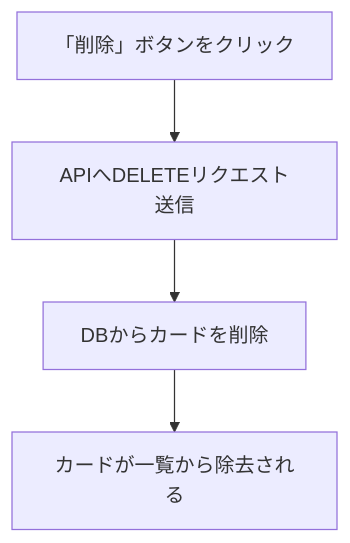
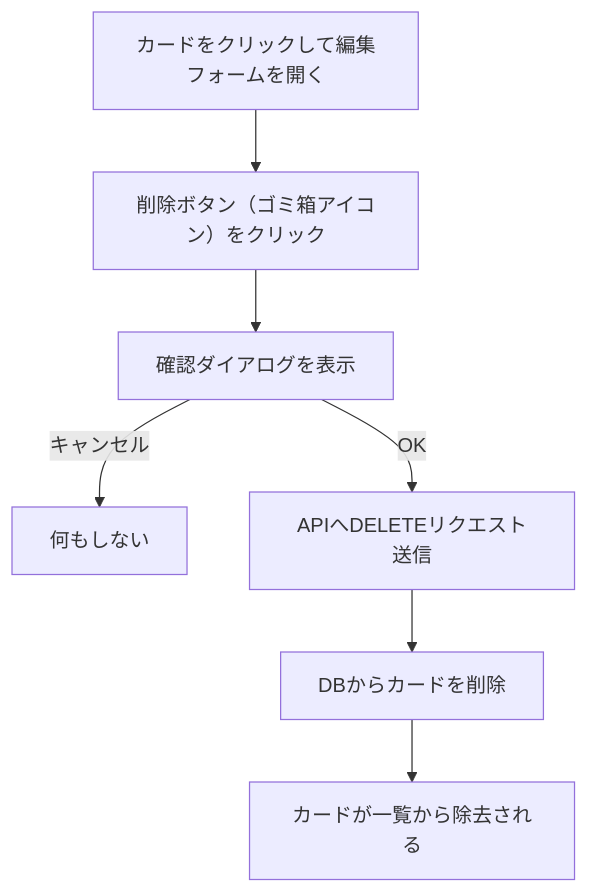
One commit to Masaki-0225/AIgakusyuu changed the third of 6 diagrams in docs/functional-requirements.md. Above: the diagram before and after it, drawn with Mermaid. The commit also changed other lines of this file and 3 other files, not shown here.

````diff
--- a/docs/functional-requirements.md
+++ b/docs/functional-requirements.md
@@ -96,6 +105,9 @@
 ```mermaid
 flowchart TD
-    A["「削除」ボタンをクリック"] --> B["APIへDELETEリクエスト送信"]
-    B --> C["DBからカードを削除"]
-    C --> D["カードが一覧から除去される"]
+    A["カードをクリックして編集フォームを開く"] --> B["削除ボタン（ゴミ箱アイコン）をクリック"]
+    B --> C["確認ダイアログを表示"]
+    C -- キャンセル --> D["何もしない"]
+    C -- OK --> E["APIへDELETEリクエスト送信"]
+    E --> F["DBからカードを削除"]
+    F --> G["カードが一覧から除去される"]
 ```
````
